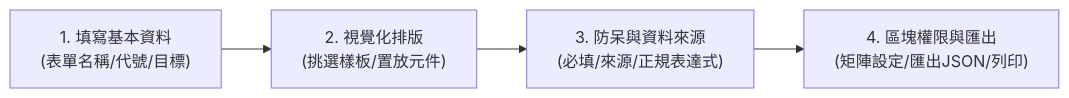
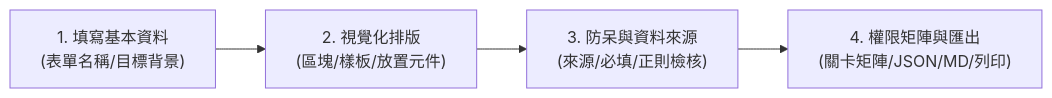
Before and after one commit to kentchuang/efgp-form-spec-tool: the diagram in README.md, drawn with Mermaid. The commit also changed other lines of this file and 3 other files, not shown here.

````diff
--- a/README.md
+++ b/README.md
@@ -73,6 +95,6 @@
 ```mermaid
 flowchart LR
-    A["1. 填寫基本資料\n(表單名稱/代號/目標)"] --> B["2. 視覺化排版\n(挑選樣板/置放元件)"]
-    B --> C["3. 防呆與資料來源\n(必填/來源/正規表達式)"]
-    C --> D["4. 區塊權限與匯出\n(矩陣設定/匯出JSON/列印)"]
+    A["1. 填寫基本資料\n(表單名稱/目標背景)"] --> B["2. 視覺化排版\n(區塊/樣板/放置元件)"]
+    B --> C["3. 防呆與資料來源\n(來源/必填/正則檢核)"]
+    C --> D["4. 權限矩陣與匯出\n(關卡矩陣/JSON/MD/列印)"]
 ```
````
